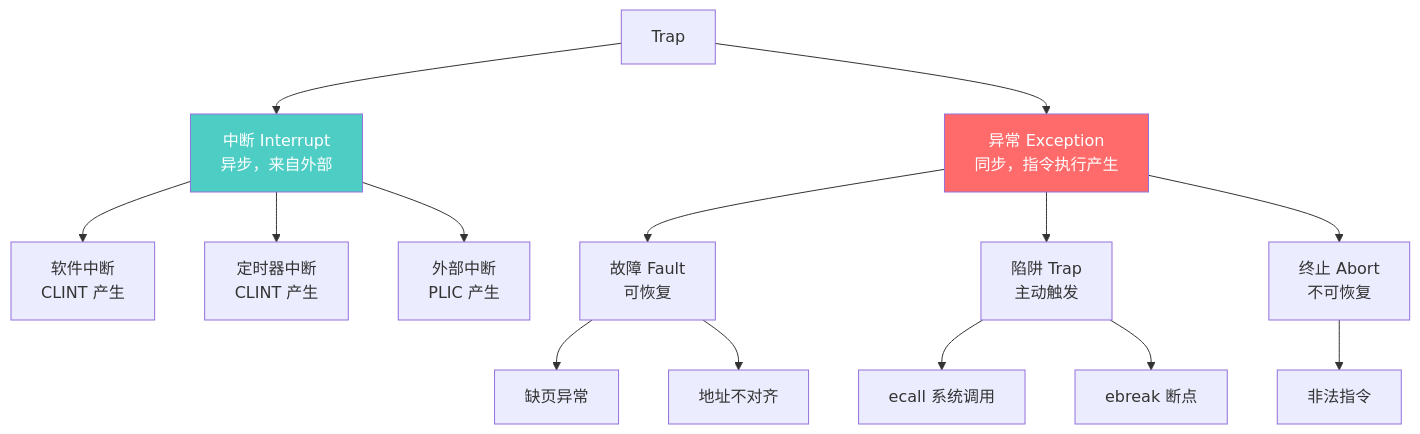
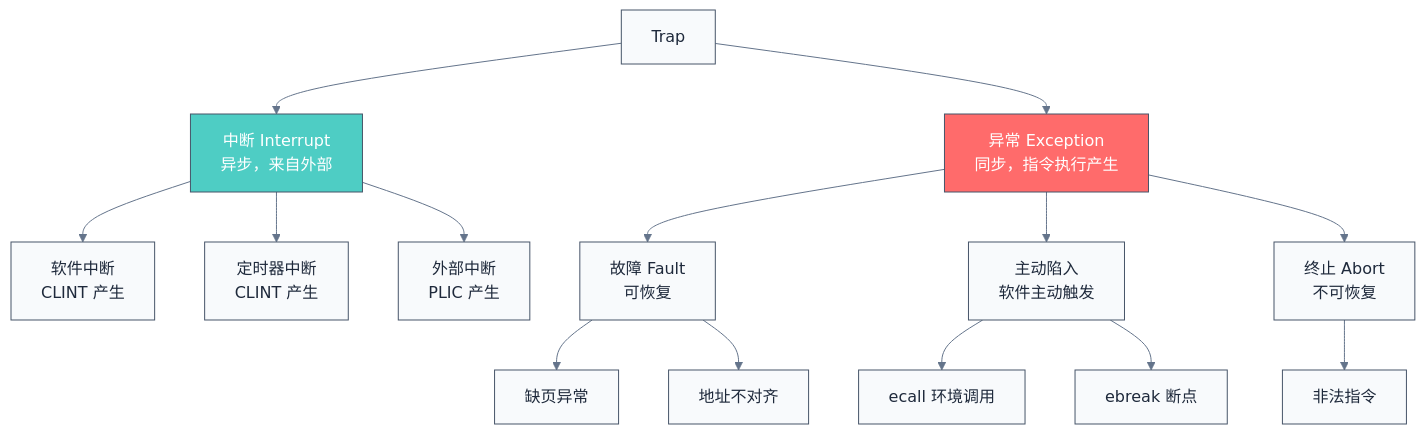
The first of 8 diagrams in riscv/03-privileged/interrupts-and-exceptions.md (swjtuer326/cs-learning-notes), drawn with Mermaid before and after one commit. The commit also changed other lines of this file and 23 other files, not shown here.

````diff
--- a/riscv/03-privileged/interrupts-and-exceptions.md
+++ b/riscv/03-privileged/interrupts-and-exceptions.md
@@ -19,22 +31,23 @@
 ```mermaid
+%%{init: {"theme": "base", "themeVariables": {"primaryColor": "#f8fafc", "primaryTextColor": "#1e293b", "primaryBorderColor": "#475569", "lineColor": "#64748b", "secondaryColor": "#f1f5f9", "secondaryBorderColor": "#94a3b8", "tertiaryColor": "#f8fafc", "fontFamily": "\"trebuchet ms\", verdana, arial, sans-serif"}}}%%
 graph TB
     TRAP[Trap] --> INT[中断 Interrupt<br/>异步，来自外部]
     TRAP --> EXC[异常 Exception<br/>同步，指令执行产生]
 
     INT --> SW_INT[软件中断<br/>CLINT 产生]
     INT --> TIM_INT[定时器中断<br/>CLINT 产生]
     INT --> EXT_INT[外部中断<br/>PLIC 产生]
 
     EXC --> FAULT[故障 Fault<br/>可恢复]
-    EXC --> TRAP2[陷阱 Trap<br/>主动触发]
+    EXC --> SOFT[主动陷入<br/>软件主动触发]
     EXC --> ABORT[终止 Abort<br/>不可恢复]
 
     FAULT --> PG[缺页异常]
     FAULT --> ALIGN[地址不对齐]
-    TRAP2 --> ECALL[ecall 系统调用]
-    TRAP2 --> EBREAK[ebreak 断点]
+    SOFT --> ECALL[ecall 环境调用]
+    SOFT --> EBREAK[ebreak 断点]
     ABORT --> ILL[非法指令]
 
     style INT fill:#4ecdc4,color:#fff
     style EXC fill:#ff6b6b,color:#fff
 ```
````
